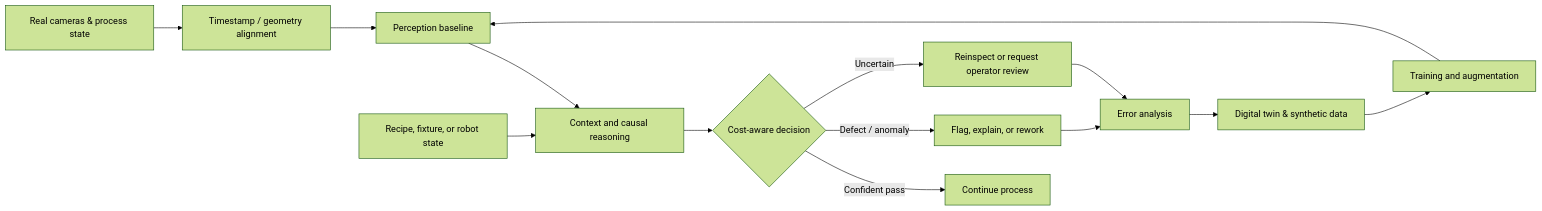
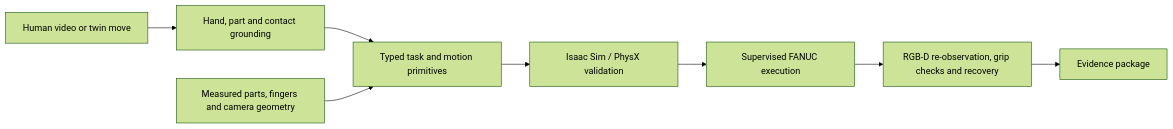
One commit to ALL-Applied-AI-Network/msoe-ai-club-rockwell-automation-nvidia-hackath-new-team-1-10439770d3 changed the diagram in README.md. Above: the diagram before and after it, drawn with Mermaid (forest theme). The commit also changed other lines of this file and 491 other files, not shown here.

````diff
--- a/README.md
+++ b/README.md
@@ -126,16 +31,10 @@
 ```mermaid
 flowchart LR
-    A[Real cameras & process state] --> B[Timestamp / geometry alignment]
-    S[Digital twin & synthetic data] --> C[Training and augmentation]
-    B --> D[Perception baseline]
-    C --> D
-    D --> E[Context and causal reasoning]
-    R[Recipe, fixture, or robot state] --> E
-    E --> F{Cost-aware decision}
-    F -->|Confident pass| G[Continue process]
-    F -->|Defect / anomaly| H[Flag, explain, or rework]
-    F -->|Uncertain| I[Reinspect or request operator review]
-    H --> J[Error analysis]
-    I --> J
-    J --> S
+    A[Human video or twin move] --> B[Hand, part and contact grounding]
+    B --> C[Typed task and motion primitives]
+    D[Measured parts, fingers and camera geometry] --> C
+    C --> E[Isaac Sim / PhysX validation]
+    E --> F[Supervised FANUC execution]
+    F --> G[RGB-D re-observation, grip checks and recovery]
+    G --> H[Evidence package]
 ```
````
